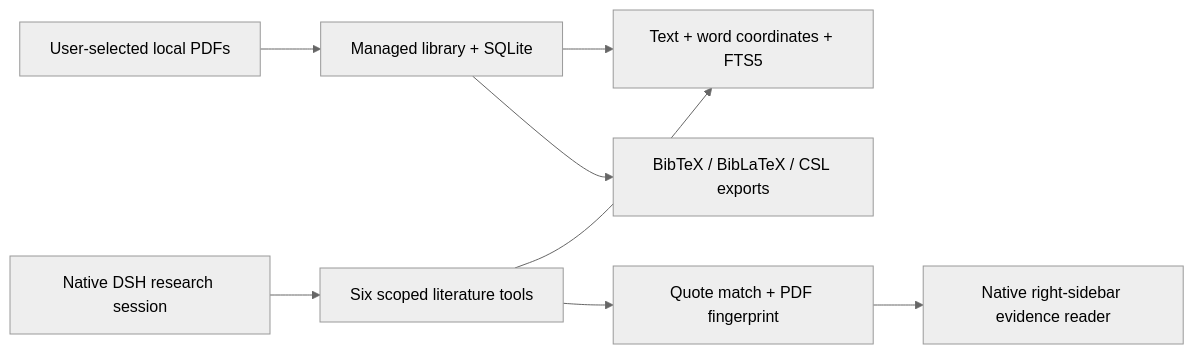
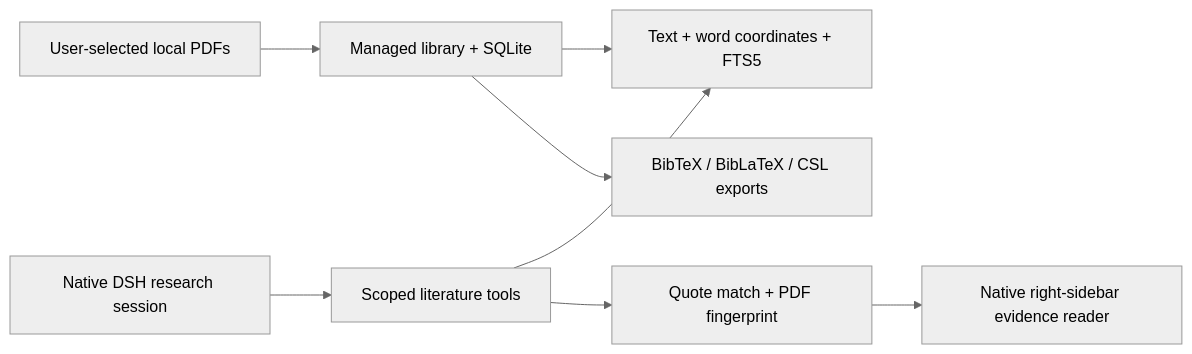
One commit to Lx23918/dsh-literature changed the diagram in docs/architecture.md. Above: the diagram before and after it, drawn with Mermaid (neutral theme). The commit also changed other lines of this file and 11 other files, not shown here.

````diff
--- a/docs/architecture.md
+++ b/docs/architecture.md
@@ -3,10 +3,10 @@
 ```mermaid
 flowchart LR
     PDF[User-selected local PDFs] --> Store[Managed library + SQLite]
     Store --> Index[Text + word coordinates + FTS5]
-    Session[Native DSH research session] --> Tools[Six scoped literature tools]
+    Session[Native DSH research session] --> Tools[Scoped literature tools]
     Tools --> Index
     Tools --> Verify[Quote match + PDF fingerprint]
     Verify --> Reader[Native right-sidebar evidence reader]
     Store --> Bib[BibTeX / BibLaTeX / CSL exports]
 ```
````
